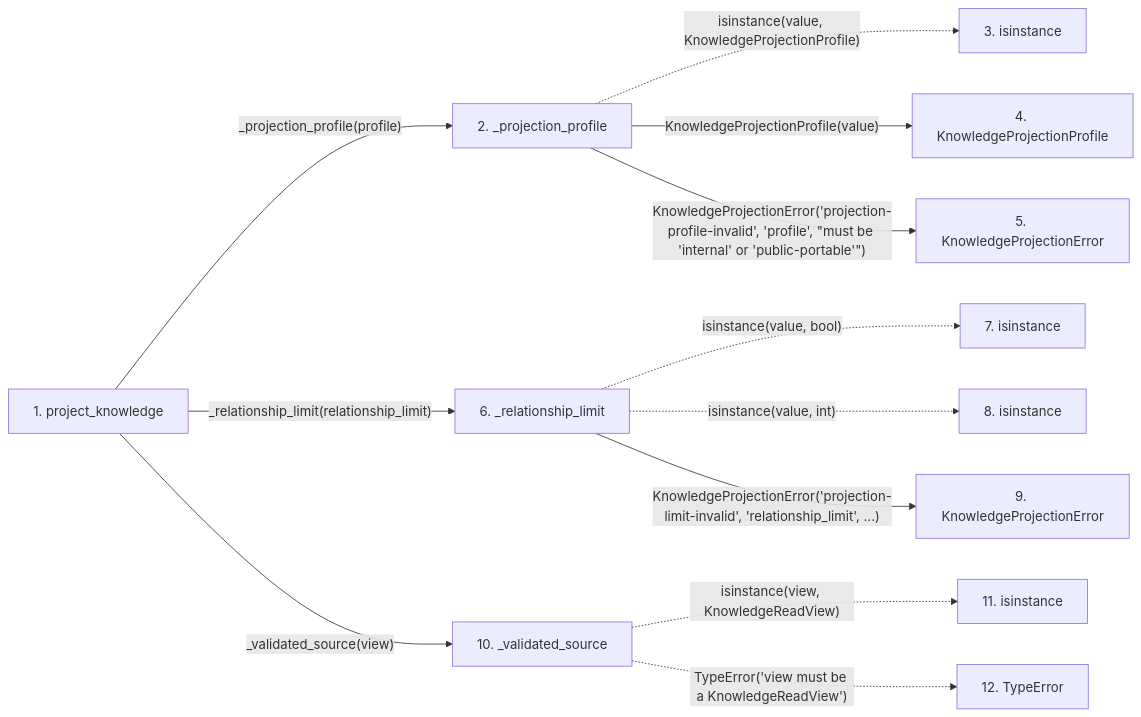
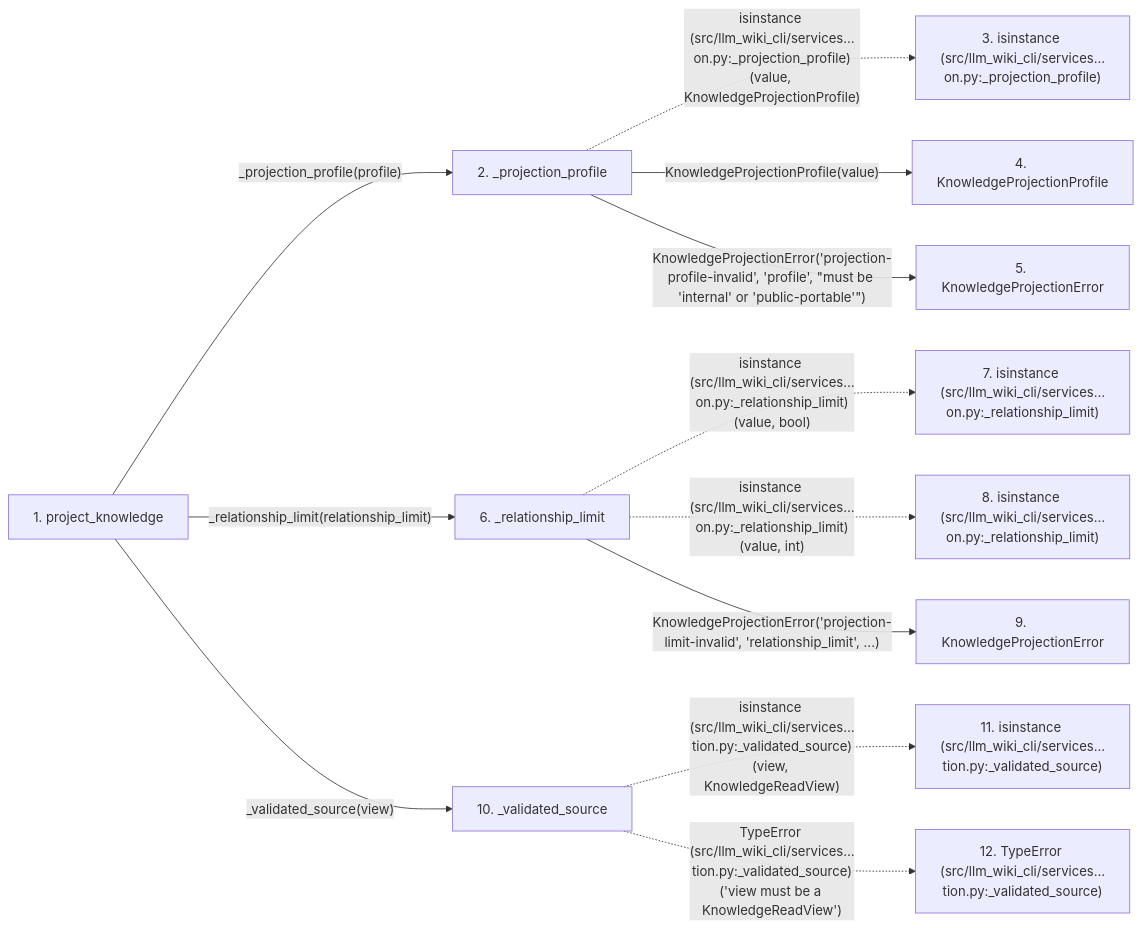
One commit to Denissvgn/python-wiki-llm changed the second of 2 diagrams in docs/llm_wiki/flows/api-project_knowledge.md. Above: the diagram before and after it, drawn with Mermaid. The commit also changed other lines of this file and 719 other files, not shown here.

````diff
--- a/docs/llm_wiki/flows/api-project_knowledge.md
+++ b/docs/llm_wiki/flows/api-project_knowledge.md
@@ -91,33 +98,33 @@
 ```mermaid
 flowchart LR
     s1["1. project_knowledge"]
     s2["2. _projection_profile"]
-    s3["3. isinstance"]
+    s3["3. isinstance (src/llm_wiki_cli/services…on.py:_projection_profile)"]
     s4["4. KnowledgeProjectionProfile"]
     s5["5. KnowledgeProjectionError"]
     s6["6. _relationship_limit"]
-    s7["7. isinstance"]
-    s8["8. isinstance"]
+    s7["7. isinstance (src/llm_wiki_cli/services…on.py:_relationship_limit)"]
+    s8["8. isinstance (src/llm_wiki_cli/services…on.py:_relationship_limit)"]
     s9["9. KnowledgeProjectionError"]
     s10["10. _validated_source"]
-    s11["11. isinstance"]
-    s12["12. TypeError"]
+    s11["11. isinstance (src/llm_wiki_cli/services…tion.py:_validated_source)"]
+    s12["12. TypeError (src/llm_wiki_cli/services…tion.py:_validated_source)"]
     s1 -->|"_projection_profile(profile)"| s2
-    s2 -. "isinstance(value, KnowledgeProjectionProfile)" .-> s3
+    s2 -. "isinstance (src/llm_wiki_cli/services…on.py:_projection_profile)(value, KnowledgeProjectionProfile)" .-> s3
     s2 -->|"KnowledgeProjectionProfile(value)"| s4
     s2 -->|"KnowledgeProjectionError('projection-profile-invalid', 'profile', #34;must be 'internal' or 'public-portable'#34;)"| s5
     s1 -->|"_relationship_limit(relationship_limit)"| s6
-    s6 -. "isinstance(value, bool)" .-> s7
-    s6 -. "isinstance(value, int)" .-> s8
+    s6 -. "isinstance (src/llm_wiki_cli/services…on.py:_relationship_limit)(value, bool)" .-> s7
+    s6 -. "isinstance (src/llm_wiki_cli/services…on.py:_relationship_limit)(value, int)" .-> s8
     s6 -->|"KnowledgeProjectionError('projection-limit-invalid', 'relationship_limit', ...)"| s9
     s1 -->|"_validated_source(view)"| s10
-    s10 -. "isinstance(view, KnowledgeReadView)" .-> s11
-    s10 -. "TypeError('view must be a KnowledgeReadView')" .-> s12
+    s10 -. "isinstance (src/llm_wiki_cli/services…tion.py:_validated_source)(view, KnowledgeReadView)" .-> s11
+    s10 -. "TypeError (src/llm_wiki_cli/services…tion.py:_validated_source)('view must be a KnowledgeReadView')" .-> s12
     click s1 "../modules/knowledge_projection.md"
     click s2 "../modules/knowledge_projection.md"
     click s4 "../modules/knowledge_model.md"
     click s5 "../modules/knowledge_projection.md"
     click s6 "../modules/knowledge_projection.md"
     click s9 "../modules/knowledge_projection.md"
     click s10 "../modules/knowledge_projection.md"
 ```
````
